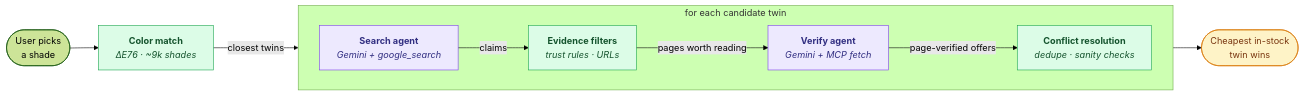
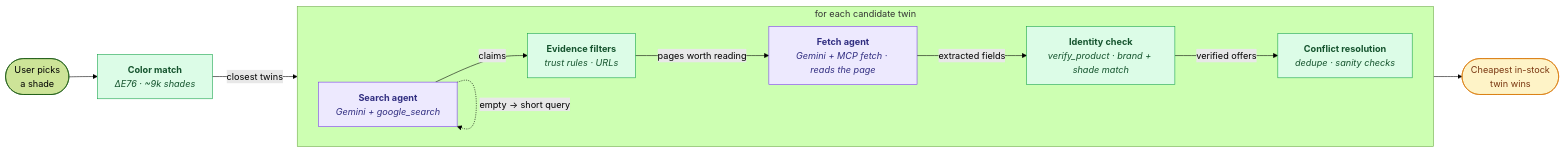
Before and after one commit to LipstickByColor/lipstick-twin-agent-: the diagram in README.md, drawn with Mermaid (forest theme). The commit also changed other lines of this file and 3 other files, not shown here.

Commit message:
Fix agent-vs-code verification wording in README; swap architecture diagram

````diff
--- a/README.md
+++ b/README.md
@@ -121,20 +121,22 @@
 ```mermaid
 flowchart LR
     U(["User picks<br/>a shade"]) --> TIE["<b>Color match</b><br/><i>ΔE76 · ~9k shades</i>"]
     TIE -- "closest twins" --> S1
     subgraph LOOP["&nbsp;for each candidate twin&nbsp;"]
         direction LR
         S1["<b>Search agent</b><br/><i>Gemini + google_search</i>"]
         S1 -- "claims" --> FLT["<b>Evidence filters</b><br/><i>trust rules · URLs</i>"]
-        FLT -- "pages worth reading" --> S2["<b>Verify agent</b><br/><i>Gemini + MCP fetch</i>"]
-        S2 -- "page-verified offers" --> CR["<b>Conflict resolution</b><br/><i>dedupe · sanity checks</i>"]
+        FLT -- "pages worth reading" --> S2["<b>Fetch agent</b><br/><i>Gemini + MCP fetch · reads the page</i>"]
+        S2 -- "extracted fields" --> VP["<b>Identity check</b><br/><i>verify_product · brand + shade match</i>"]
+        VP -- "verified offers" --> CR["<b>Conflict resolution</b><br/><i>dedupe · sanity checks</i>"]
+        S1 -. "empty → short query" .-> S1
     end
     CR --> WIN(["Cheapest in-stock<br/>twin wins"])
 
     classDef agent fill:#ede9fe,stroke:#7c3aed,color:#312e81
     classDef det fill:#dcfce7,stroke:#16a34a,color:#14532d
     classDef outcome fill:#fef3c7,stroke:#d97706,color:#78350f
     class S1,S2 agent
-    class TIE,FLT,CR det
+    class TIE,FLT,VP,CR det
     class WIN outcome
 ```
````
